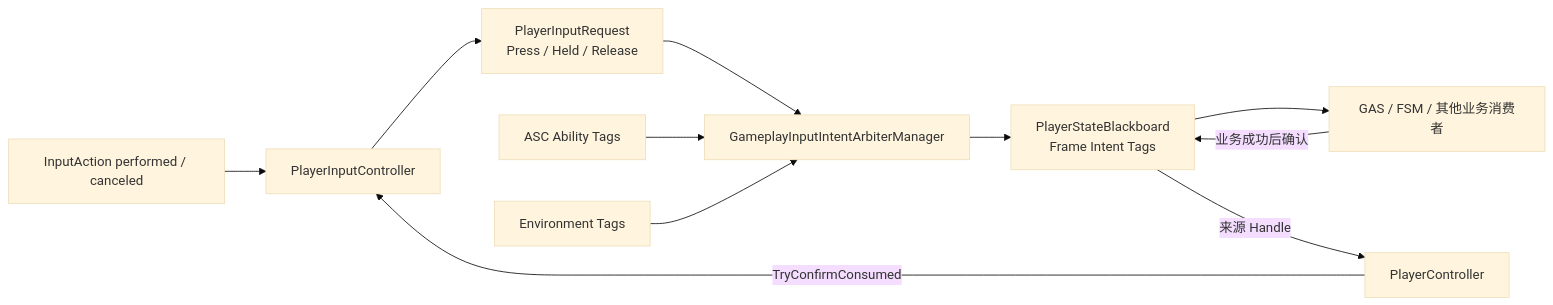
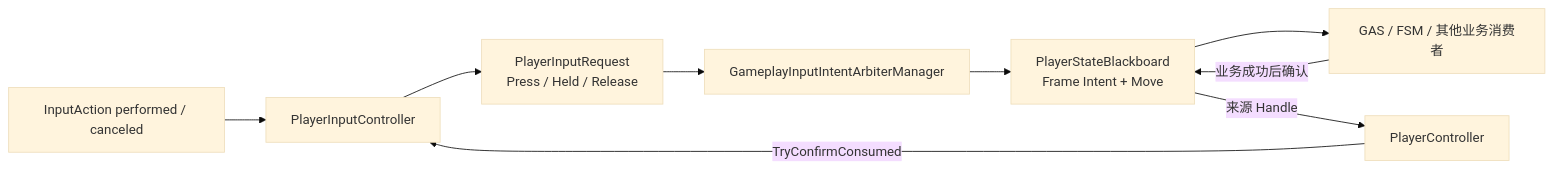
One commit to Whitesheeeep/3DRPG changed the first of 3 diagrams in Assets/Scripts/Input/PlayerInputPreprocessing.md. Above: the diagram before and after it, drawn with Mermaid (base theme). The commit also changed other lines of this file and 5 other files, not shown here.

Commit message:
1. 输入优化，开放 Request 获取，不一定非要意图 tag，方便后续业务使用

````diff
--- a/Assets/Scripts/Input/PlayerInputPreprocessing.md
+++ b/Assets/Scripts/Input/PlayerInputPreprocessing.md
@@ -13,13 +13,11 @@
 ```mermaid
 flowchart LR
     A["InputAction performed / canceled"] --> B["PlayerInputController"]
     B --> C["PlayerInputRequest<br/>Press / Held / Release"]
     C --> D["GameplayInputIntentArbiterManager"]
-    E["ASC Ability Tags"] --> D
-    F["Environment Tags"] --> D
-    D --> G["PlayerStateBlackboard<br/>Frame Intent Tags"]
+    D --> G["PlayerStateBlackboard<br/>Frame Intent + Move"]
     G --> H["GAS / FSM / 其他业务消费者"]
     H -->|"业务成功后确认"| G
     G -->|"来源 Handle"| I["PlayerController"]
     I -->|"TryConfirmConsumed"| B
 ```
````
